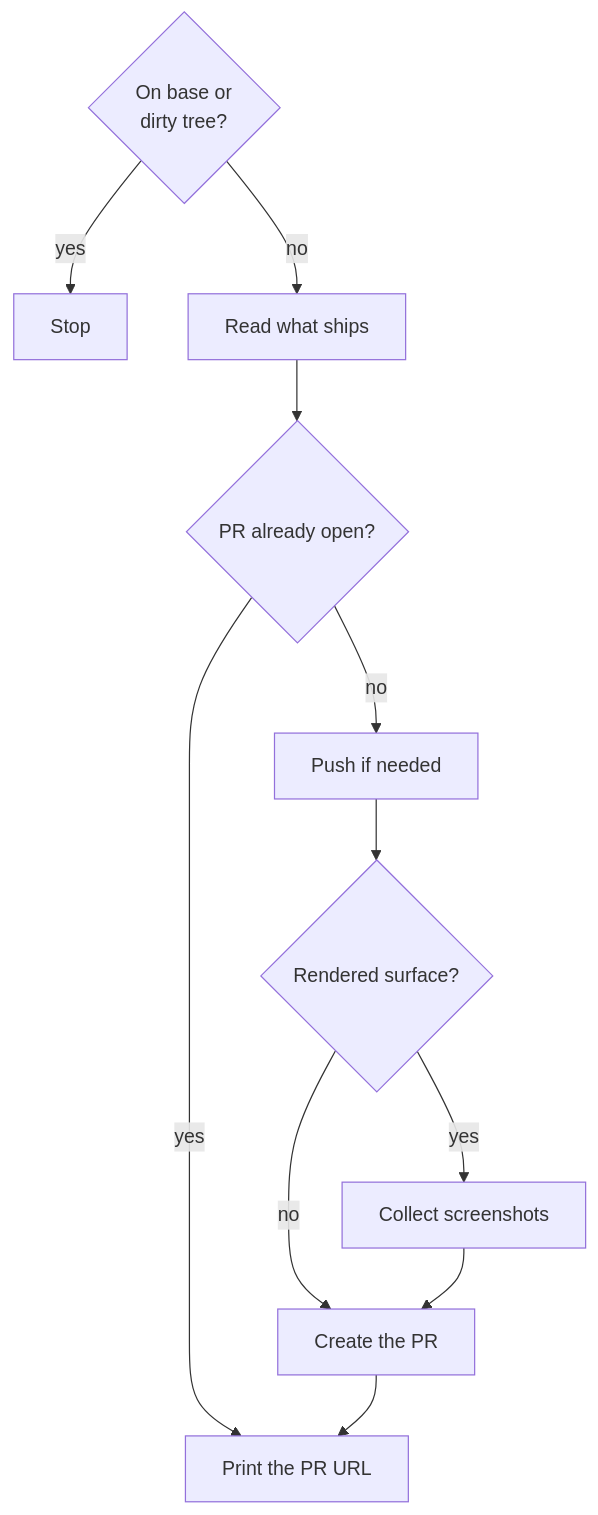
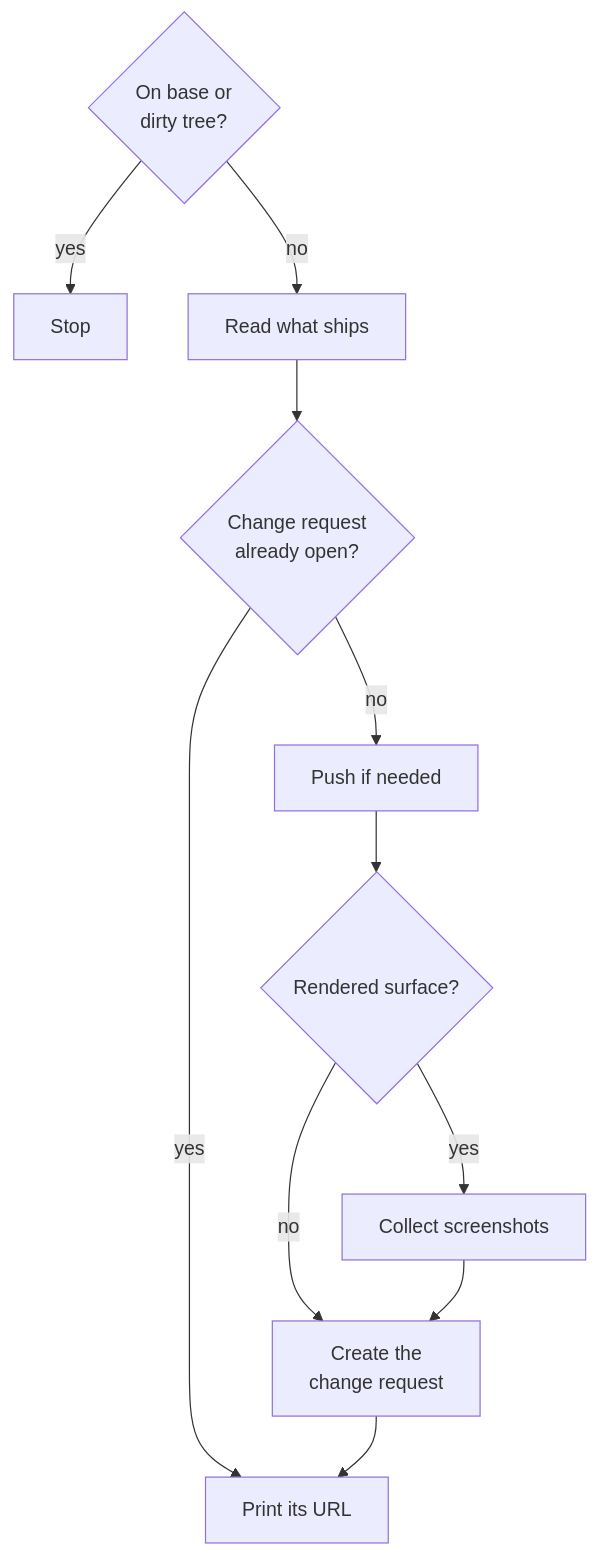
Before and after one commit to damusix/atomic-claude: the diagram in context/_partials/pr-flow.md, drawn with Mermaid. The commit also changed other lines of this file and 795 other files, not shown here.

````diff
--- a/context/_partials/pr-flow.md
+++ b/context/_partials/pr-flow.md
@@ -8,13 +8,13 @@
 ```mermaid
 flowchart TD
     D{"On base or<br/>dirty tree?"} -->|yes| S["Stop"]
     D -->|no| R["Read what ships"]
-    R --> E{"PR already open?"}
-    E -->|yes| L["Print the PR URL"]
+    R --> E{"Change request<br/>already open?"}
+    E -->|yes| L["Print its URL"]
     E -->|no| P["Push if needed"]
     P --> V{"Rendered surface?"}
     V -->|yes| I["Collect screenshots"]
-    V -->|no| C["Create the PR"]
+    V -->|no| C["Create the<br/>change request"]
     I --> C
     C --> L
 ```
````
